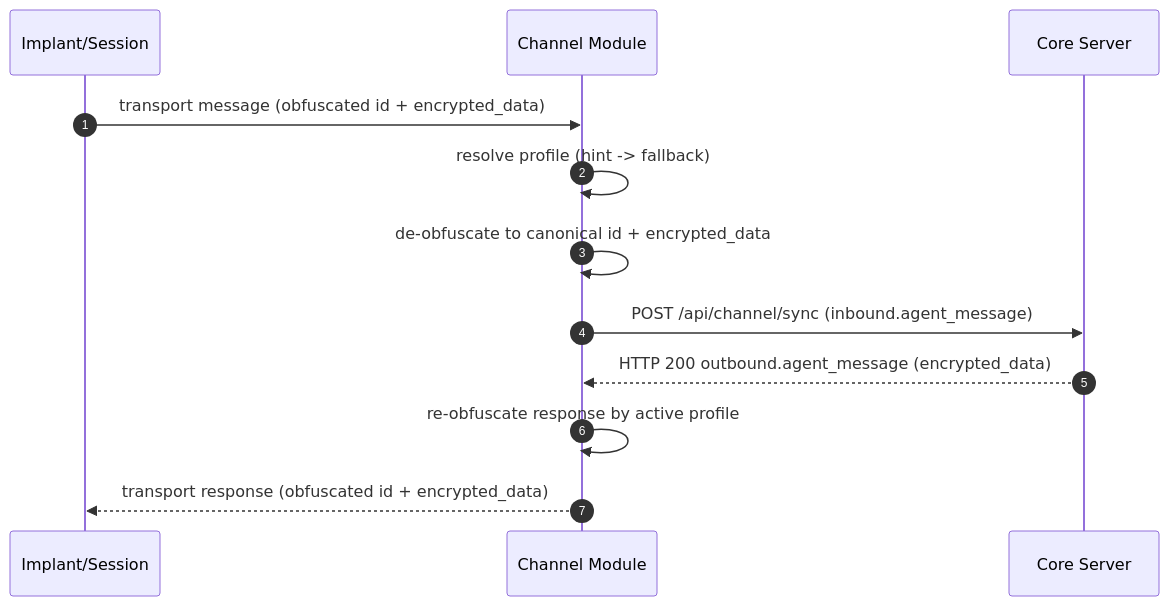
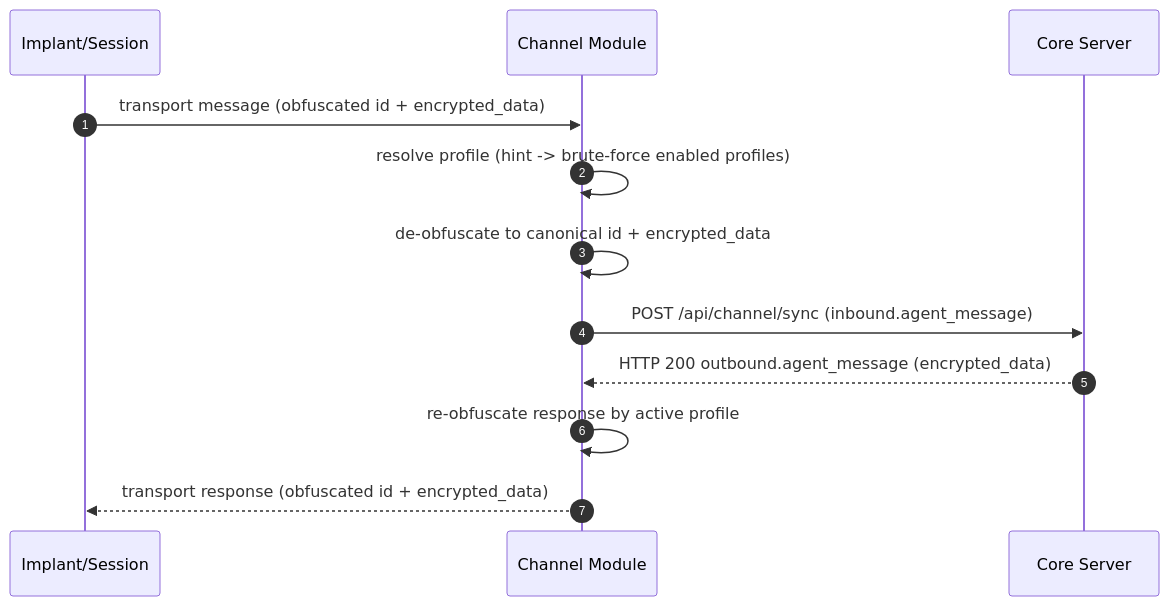
Before and after one commit to vibe-c2/vibe-c2-docs: the diagram in docs/message-flow.md, drawn with Mermaid. The commit also changed 6 other files, not shown here.

Commit message:
Remove default profile concept from channel docs and switch to brute-force model

````diff
--- a/docs/message-flow.md
+++ b/docs/message-flow.md
@@ -9,15 +9,15 @@
 ```mermaid
 sequenceDiagram
     autonumber
     participant I as Implant/Session
     participant CH as Channel Module
     participant CS as Core Server
 
     I->>CH: transport message (obfuscated id + encrypted_data)
-    CH->>CH: resolve profile (hint -> fallback)
+    CH->>CH: resolve profile (hint -> brute-force enabled profiles)
     CH->>CH: de-obfuscate to canonical id + encrypted_data
     CH->>CS: POST /api/channel/sync (inbound.agent_message)
     CS-->>CH: HTTP 200 outbound.agent_message (encrypted_data)
     CH->>CH: re-obfuscate response by active profile
     CH-->>I: transport response (obfuscated id + encrypted_data)
 ```
````
